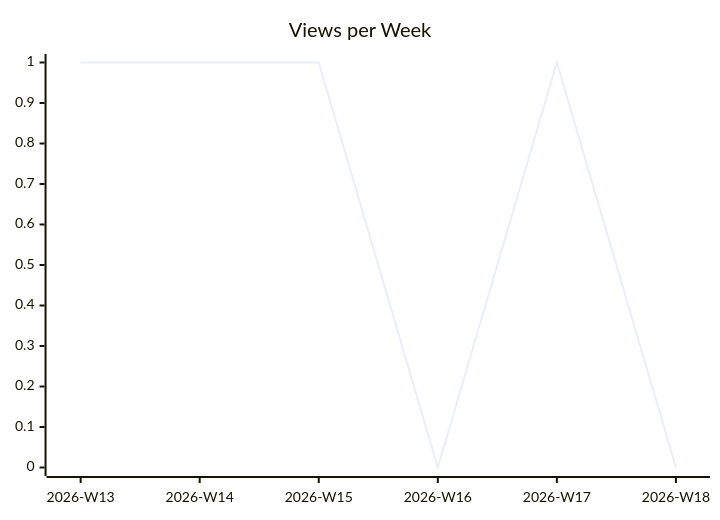
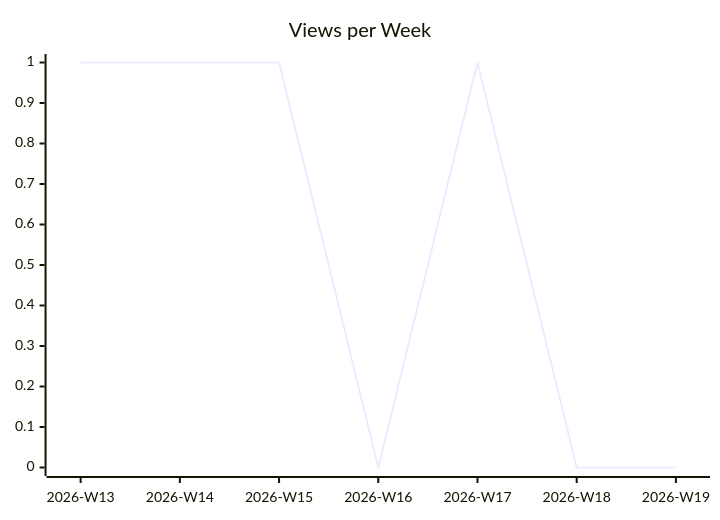
One commit to justdavis-family/github-analytics-data changed the second of 3 diagrams in karlmdavis/ansible-role-jenkins2/README.md. Above: the diagram before and after it, drawn with Mermaid. The commit also changed other lines of this file and 187 other files, not shown here.

````diff
--- a/karlmdavis/ansible-role-jenkins2/README.md
+++ b/karlmdavis/ansible-role-jenkins2/README.md
@@ -12,6 +12,6 @@
 ```mermaid
 xychart-beta
   title "Views per Week"
-  x-axis ["2026-W13", "2026-W14", "2026-W15", "2026-W16", "2026-W17", "2026-W18"]
-  line [1, 1, 1, 0, 1, 0]
+  x-axis ["2026-W13", "2026-W14", "2026-W15", "2026-W16", "2026-W17", "2026-W18", "2026-W19"]
+  line [1, 1, 1, 0, 1, 0, 0]
 ```
````
